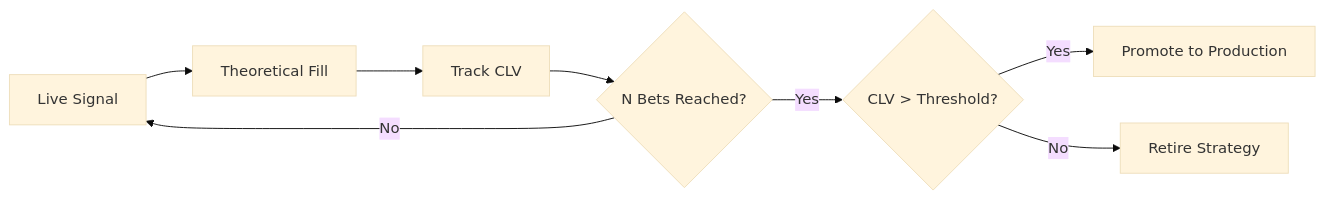
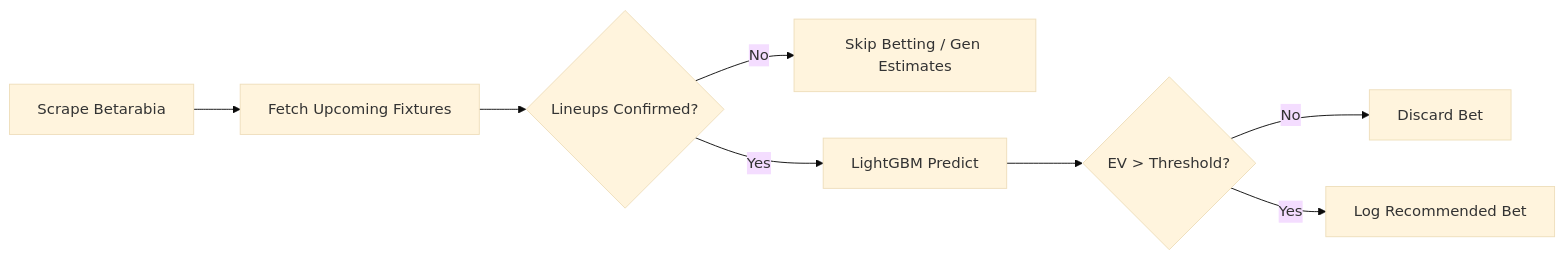
The second of 3 diagrams in README.md (UnderratedGignac/DeepFieldPro), drawn with Mermaid (base theme) before and after one commit. The commit also changed other lines of this file, not shown here.

Commit message:
docs: Comprehensive documentation update covering new prop markets, strict bankroll limits, live inference loop and SQLite architecture

````diff
--- a/README.md
+++ b/README.md
@@ -289,10 +281,10 @@
 ```mermaid
 graph LR
-    A[Live Signal] --> B[Theoretical Fill]
-    B --> C[Track CLV]
-    C --> D{N Bets Reached?}
-    D -->|No| A
-    D -->|Yes| E{CLV > Threshold?}
-    E -->|Yes| F[Promote to Production]
-    E -->|No| G[Retire Strategy]
+    A[Scrape Betarabia] --> B[Fetch Upcoming Fixtures]
+    B --> C{Lineups Confirmed?}
+    C -->|No| D[Skip Betting / Gen Estimates]
+    C -->|Yes| E[LightGBM Predict]
+    E --> F{EV > Threshold?}
+    F -->|No| G[Discard Bet]
+    F -->|Yes| H[Log Recommended Bet]
 ```
````
